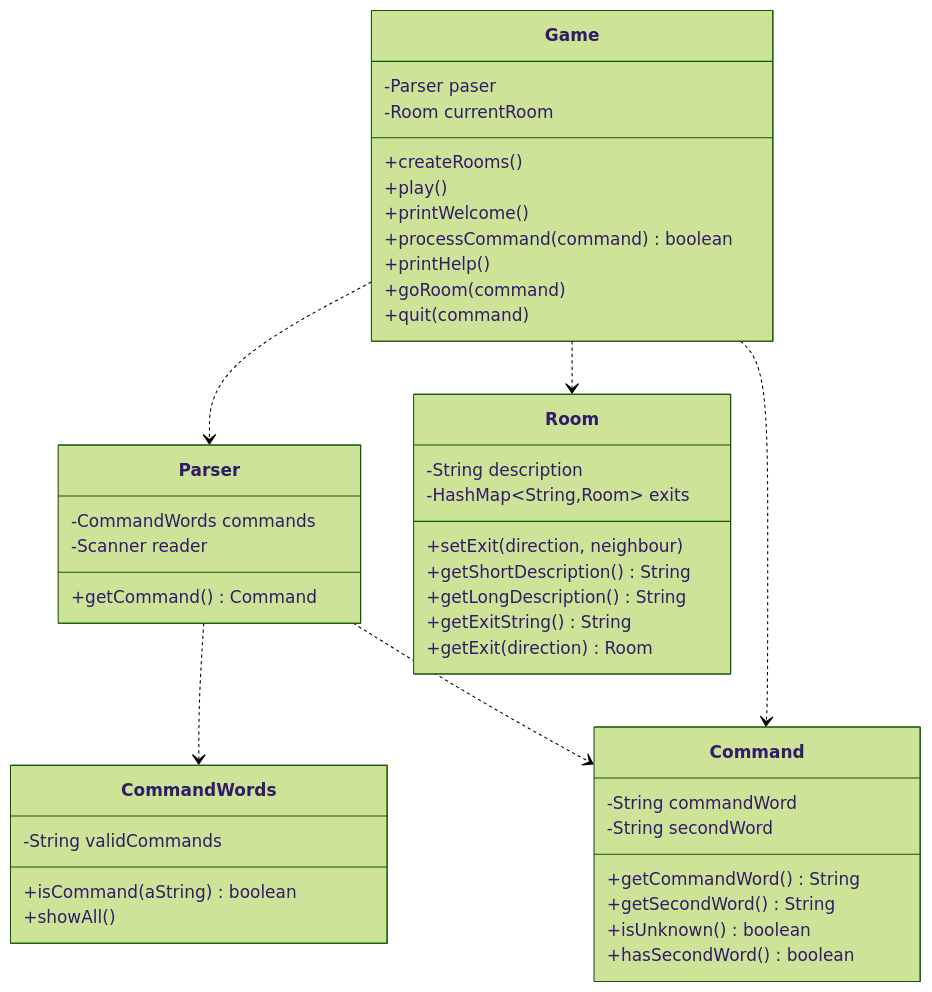
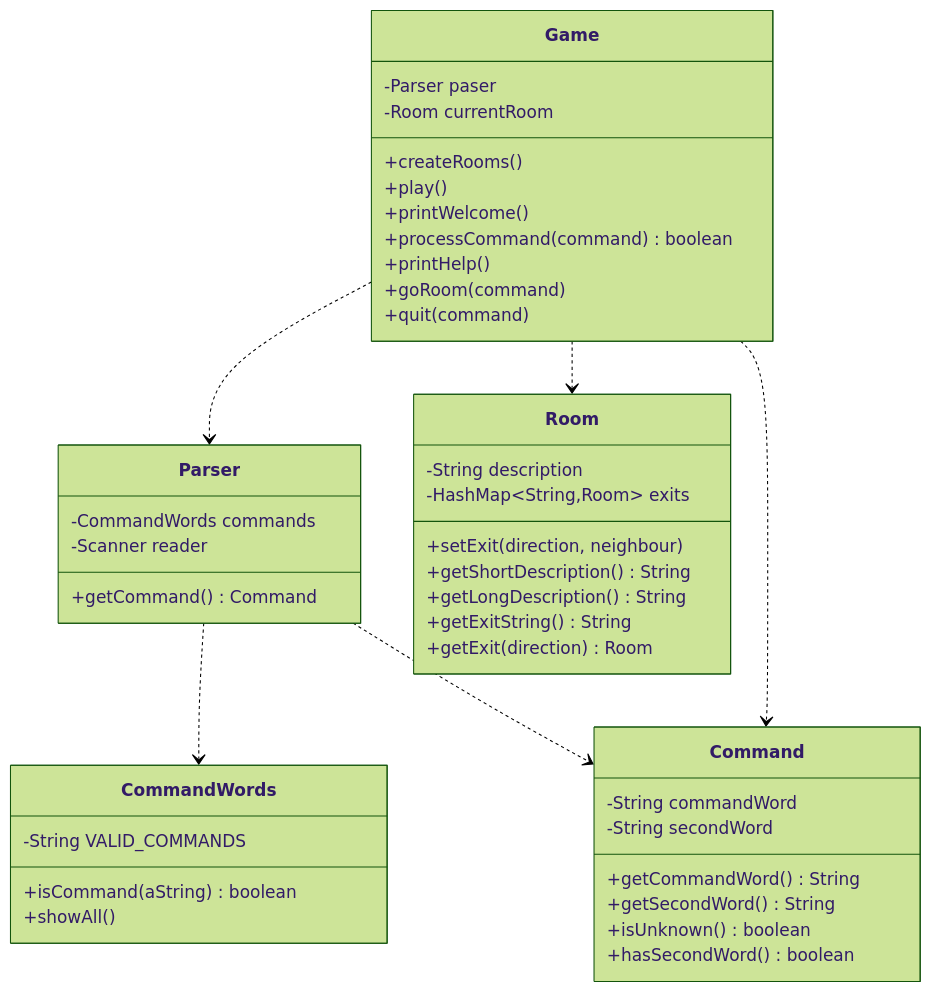
Before and after one commit to wutcst/sept1-wjycn2000: the diagram in 样例工程类图.md, drawn with Mermaid (forest theme). The commit also changed 6 other files, not shown here.

````diff
--- a/样例工程类图.md
+++ b/样例工程类图.md
@@ -3,46 +3,46 @@
 ```mermaid
 classDiagram
 class Parser {
 	-CommandWords commands
 	-Scanner reader
 	+getCommand() Command
 }
 class CommandWords{
-	-String validCommands
+	-String VALID_COMMANDS
 	+isCommand(aString) boolean
 	+showAll()
 }
 class Command{
 	-String commandWord
 	-String secondWord
 	+getCommandWord() String
 	+getSecondWord() String
 	+isUnknown() boolean
 	+hasSecondWord() boolean
 }
 class Room{
 	-String description
 	-HashMap~String,Room~ exits
 	+setExit(direction, neighbour)
 	+getShortDescription() String
 	+getLongDescription() String
 	+getExitString() String
 	+getExit(direction) Room
 }
 class Game{
 	-Parser paser
 	-Room currentRoom
 	+createRooms()
 	+play()
 	+printWelcome()
 	+processCommand(command) boolean
 	+printHelp()
 	+goRoom(command)
 	+quit(command)
 }
 Parser ..> CommandWords
 Game ..> Parser
 Game ..> Room
 Game ..> Command
 Parser ..> Command
 ```
````
